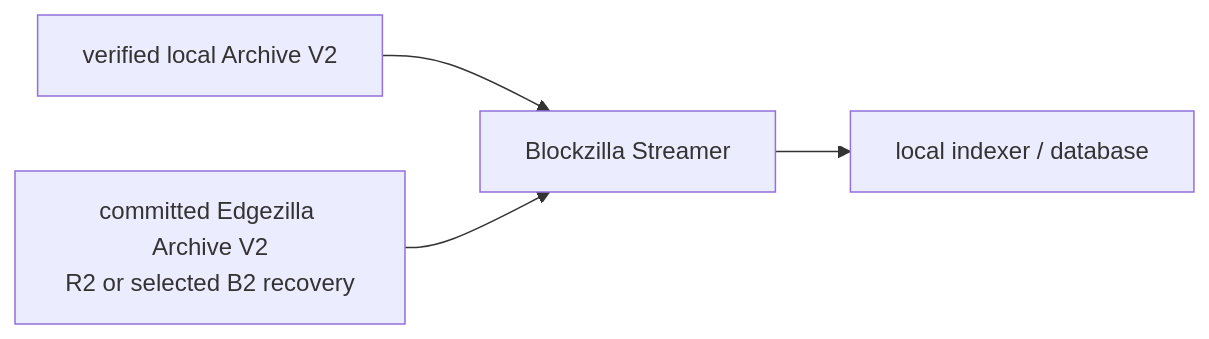
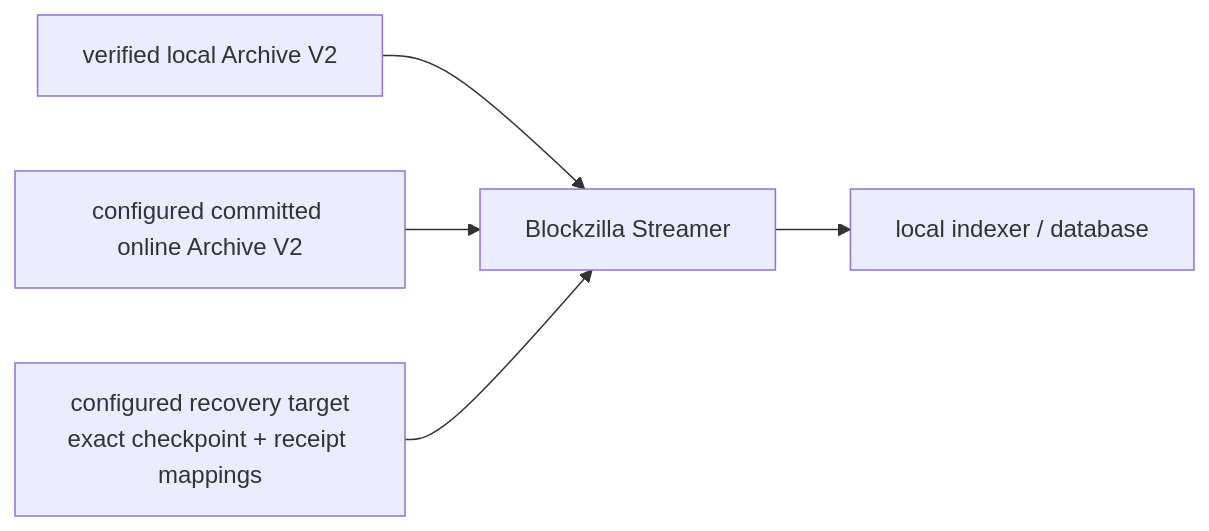
Before and after one commit to FernoLabs/blockzilla: the diagram in docs/architecture/local-streaming.md, drawn with Mermaid. The commit also changed other lines of this file and 13 other files, not shown here.

````diff
--- a/docs/architecture/local-streaming.md
+++ b/docs/architecture/local-streaming.md
@@ -18,6 +18,7 @@
 ```mermaid
 flowchart LR
     LOCAL["verified local Archive V2"] --> STREAM["Blockzilla Streamer"]
-    EDGE["committed Edgezilla Archive V2<br/>R2 or selected B2 recovery"] --> STREAM
+    ONLINE["configured committed online Archive V2"] --> STREAM
+    RECOVERY["configured recovery target<br/>exact checkpoint + receipt mappings"] --> STREAM
     STREAM --> DB["local indexer / database"]
 ```
````
